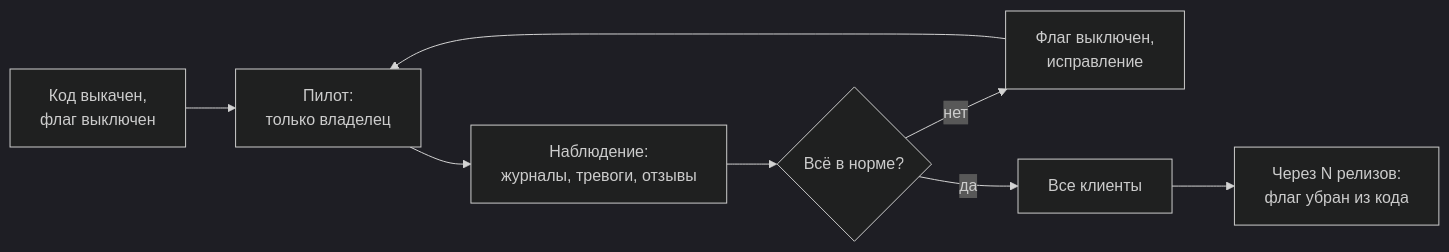
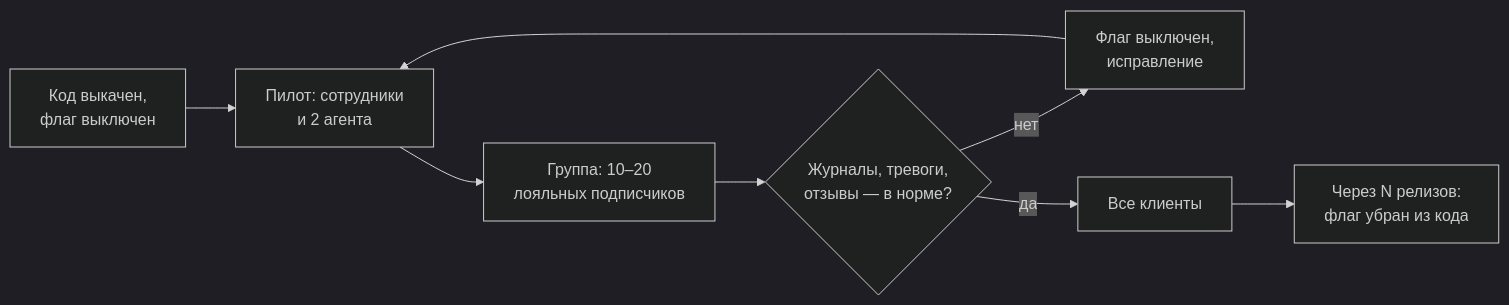
One commit to Dv2Corn/kursovaya changed the second of 4 diagrams in docs/05-vnedrenie.md. Above: the diagram before and after it, drawn with Mermaid (dark theme). The commit also changed other lines of this file and 5 other files, not shown here.

````diff
--- a/docs/05-vnedrenie.md
+++ b/docs/05-vnedrenie.md
@@ -103,10 +129,10 @@
 ```mermaid
 flowchart LR
-    A["Код выкачен,<br/>флаг выключен"] --> B["Пилот:<br/>только владелец"]
-    B --> C["Наблюдение:<br/>журналы, тревоги, отзывы"]
-    C --> D{"Всё в норме?"}
+    A["Код выкачен,<br/>флаг выключен"] --> B["Пилот: сотрудники<br/>и 2 агента"]
+    B --> C["Группа: 10–20<br/>лояльных подписчиков"]
+    C --> D{"Журналы, тревоги,<br/>отзывы — в норме?"}
     D -- "нет" --> E["Флаг выключен,<br/>исправление"]
     E --> B
     D -- "да" --> F["Все клиенты"]
     F --> G["Через N релизов:<br/>флаг убран из кода"]
 ```
````
